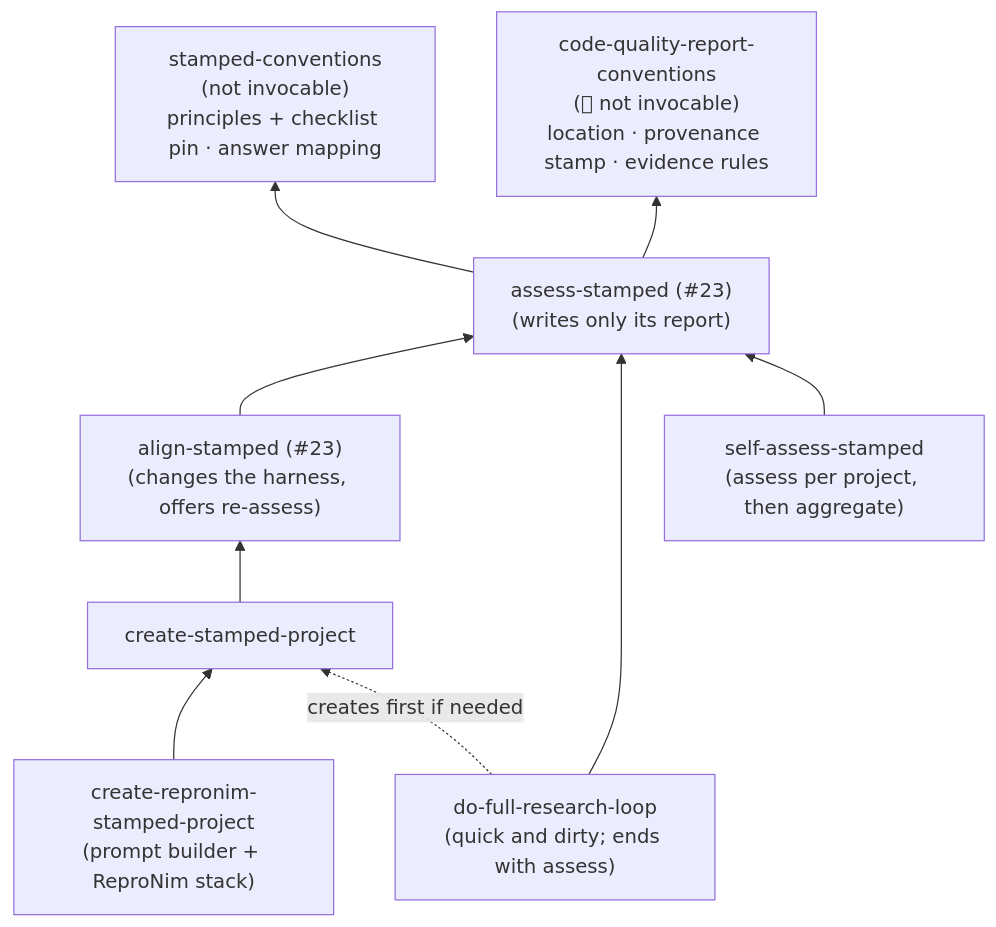
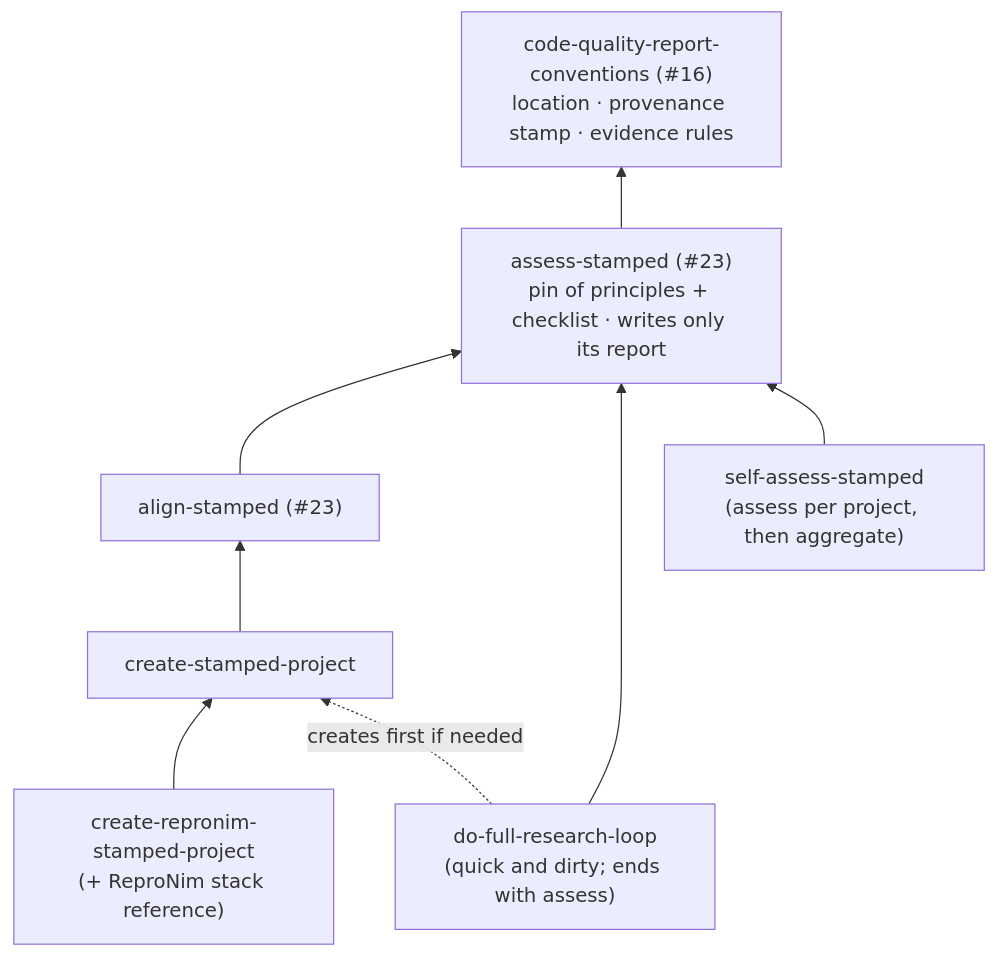
Before and after one commit to con/skills: the diagram in docs/stamped/PLAN.md, drawn with Mermaid. The commit also changed other lines of this file and 5 other files, not shown here.

````diff
--- a/docs/stamped/PLAN.md
+++ b/docs/stamped/PLAN.md
@@ -155,19 +87,17 @@
 ```mermaid
 flowchart BT
-  conv["stamped-conventions<br/>(not invocable)<br/>principles + checklist pin · answer mapping"]
-  cq["code-quality-report-conventions<br/>(#16; not invocable)<br/>location · provenance stamp · evidence rules"]
-  assess["assess-stamped (#23)<br/>(writes only its report)"]
-  align["align-stamped (#23)<br/>(changes the harness, offers re-assess)"]
+  cq["code-quality-report-conventions (#16)<br/>location · provenance stamp · evidence rules"]
+  assess["assess-stamped (#23)<br/>pin of principles + checklist · writes only its report"]
+  align["align-stamped (#23)"]
   create["create-stamped-project"]
-  repronim["create-repronim-stamped-project<br/>(prompt builder + ReproNim stack)"]
+  repronim["create-repronim-stamped-project<br/>(+ ReproNim stack reference)"]
   loop["do-full-research-loop<br/>(quick and dirty; ends with assess)"]
   self["self-assess-stamped<br/>(assess per project, then aggregate)"]
-  assess --> conv
   assess --> cq
   align --> assess
   create --> align
   repronim --> create
   loop --> assess
   loop -.->|creates first if needed| create
   self --> assess
 ```
````
